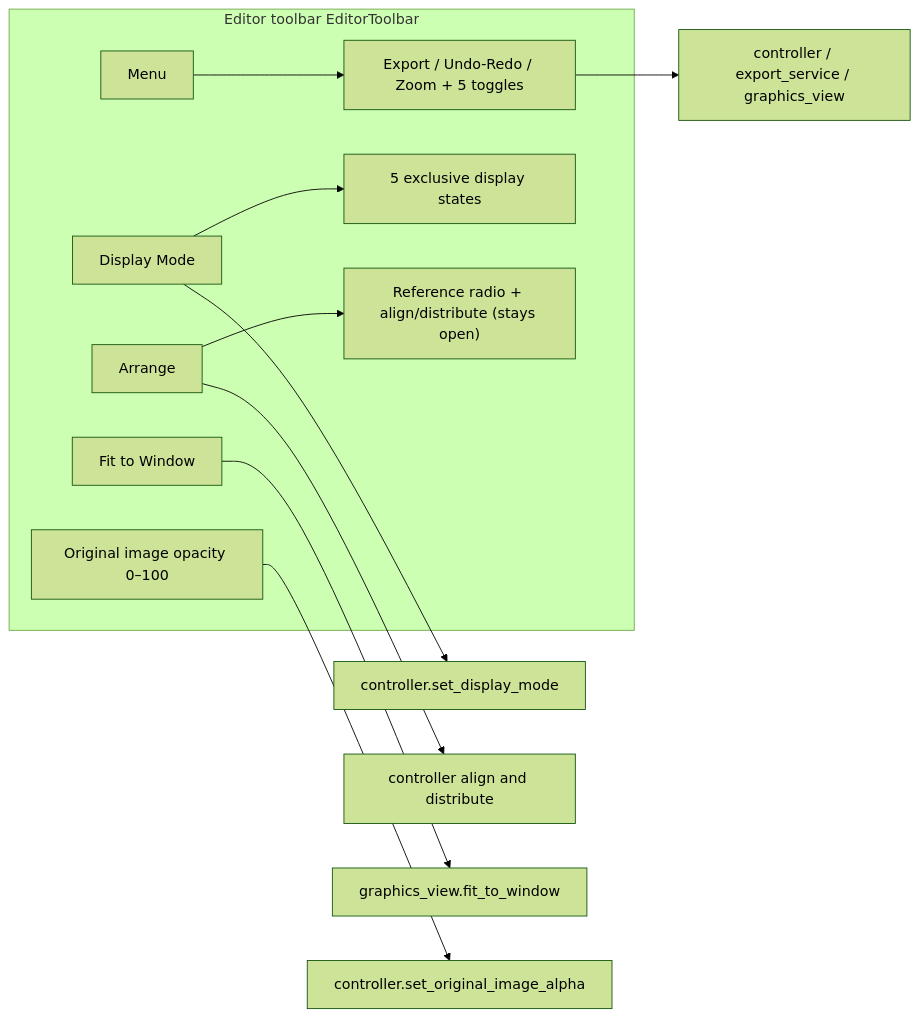
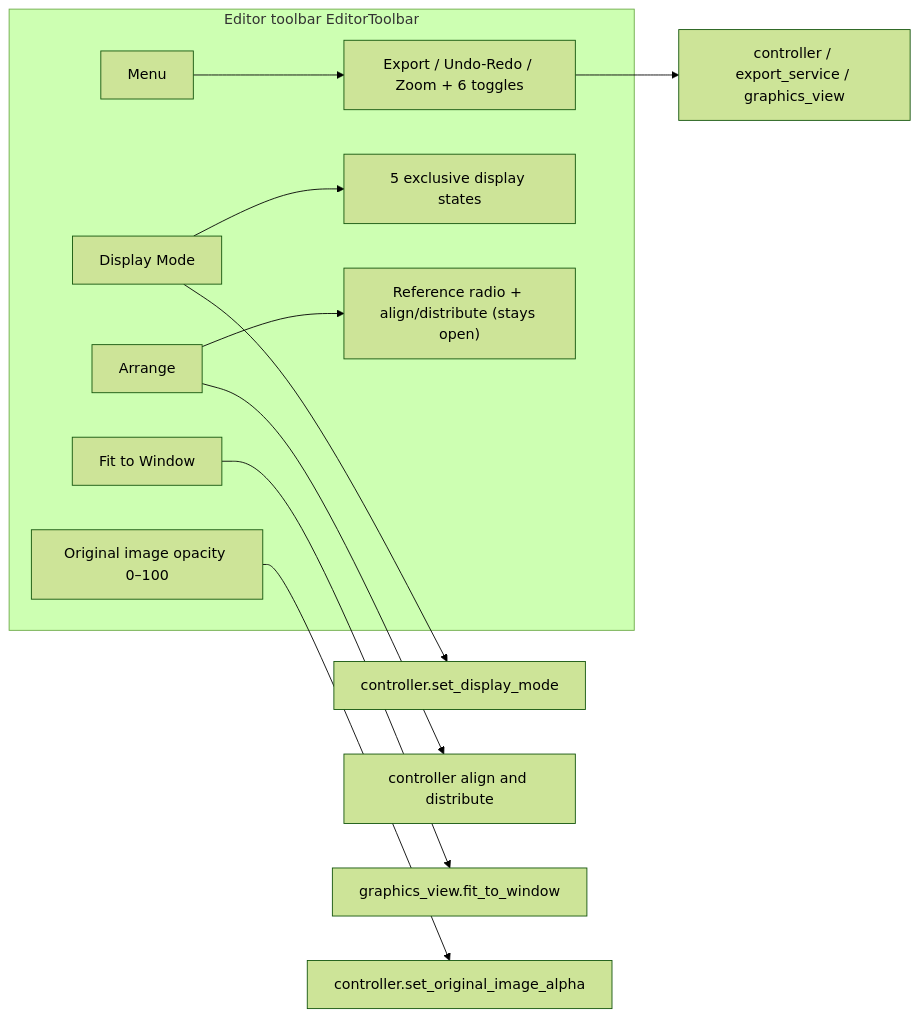
Before and after one commit to hgmzhn/manga-translator-ui: the diagram in doc/wiki/en/desktop/editor/toolbar-and-menus.md, drawn with Mermaid (forest theme). The commit also changed other lines of this file and 26 other files, not shown here.

````diff
--- a/doc/wiki/en/desktop/editor/toolbar-and-menus.md
+++ b/doc/wiki/en/desktop/editor/toolbar-and-menus.md
@@ -55,15 +56,15 @@
 ```mermaid
 flowchart LR
     subgraph TB["Editor toolbar EditorToolbar"]
-        M["Menu"] --> MI["Export / Undo-Redo / Zoom + 5 toggles"]
+        M["Menu"] --> MI["Export / Undo-Redo / Zoom + 6 toggles"]
         D["Display Mode"] --> DI["5 exclusive display states"]
         A["Arrange"] --> AI["Reference radio + align/distribute (stays open)"]
         F["Fit to Window"]
         O["Original image opacity 0–100"]
     end
     MI --> C["controller / export_service / graphics_view"]
     D --> CV["controller.set_display_mode"]
     A --> AV["controller align and distribute"]
     F --> FV["graphics_view.fit_to_window"]
     O --> OV["controller.set_original_image_alpha"]
 ```
````
